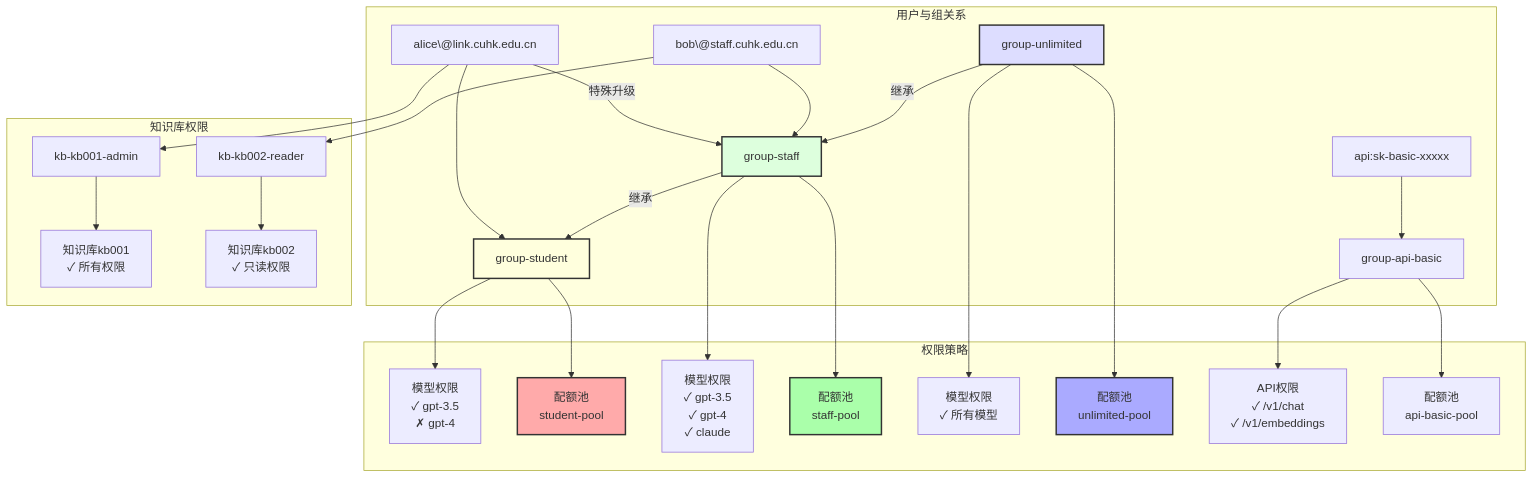
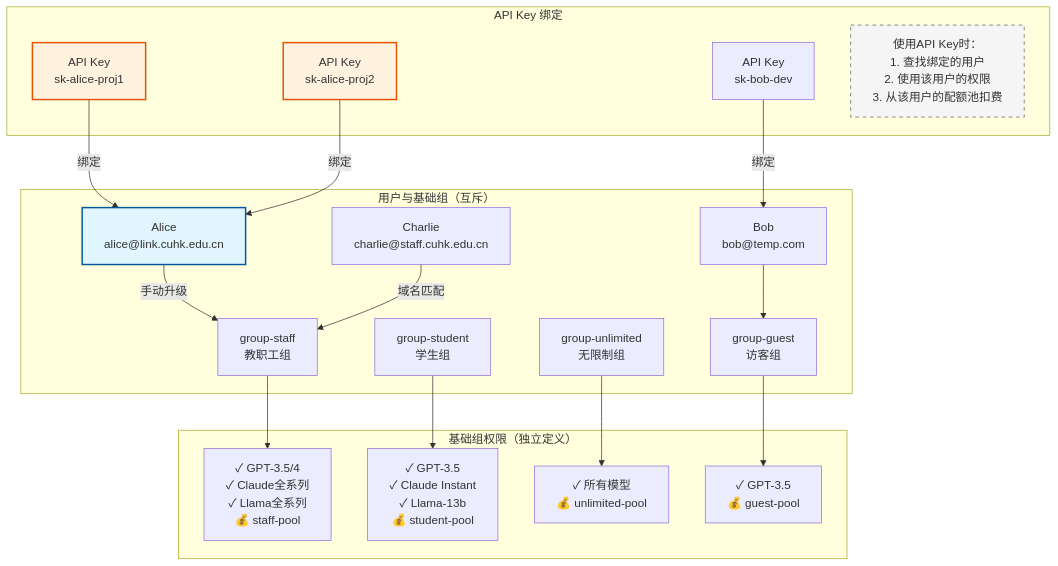
The third of 5 diagrams in README.md (NickWilde18/UniAuth), drawn with Mermaid before and after one commit. The commit also changed other lines of this file, not shown here.

````diff
--- a/README.md
+++ b/README.md
@@ -136,50 +136,41 @@
 ```mermaid
 graph TB
-    subgraph "用户与组关系"
-        U1["alice\@link.cuhk.edu.cn"]
-        U2["bob\@staff.cuhk.edu.cn"]
-        U3["api:sk-basic-xxxxx"]
+    subgraph "用户与基础组（互斥）"
+        Alice["Alice<br/>alice@link.cuhk.edu.cn"]
+        Bob["Bob<br/>bob@temp.com"]
+        Charlie["Charlie<br/>charlie@staff.cuhk.edu.cn"]
         
-        G1[group-student]
-        G2[group-staff]
-        G3[group-unlimited]
-        G4[group-api-basic]
+        GS[group-student<br/>学生组]
+        GST[group-staff<br/>教职工组]
+        GU[group-unlimited<br/>无限制组]
+        GG[group-guest<br/>访客组]
         
-        U1 --> G1
-        U1 --> |特殊升级| G2
-        U2 --> G2
-        U3 --> G4
-        
-        G3 --> |继承| G2
-        G2 --> |继承| G1
+        Alice -->|手动升级| GST
+        Bob --> GG
+        Charlie -->|域名匹配| GST
     end
     
-    subgraph "权限策略"
-        G1 --> P1["模型权限<br/>✓ gpt-3.5<br/>✗ gpt-4"]
-        G1 --> P2["配额池<br/>student-pool"]
+    subgraph "API Key 绑定"
+        SK1["API Key<br/>sk-alice-proj1"]
+        SK2["API Key<br/>sk-alice-proj2"]
+        SK3["API Key<br/>sk-bob-dev"]
         
-        G2 --> P3["模型权限<br/>✓ gpt-3.5<br/>✓ gpt-4<br/>✓ claude"]
-        G2 --> P4["配额池<br/>staff-pool"]
+        SK1 -->|绑定| Alice
+        SK2 -->|绑定| Alice
+        SK3 -->|绑定| Bob
         
-        G3 --> P5["模型权限<br/>✓ 所有模型"]
-        G3 --> P6["配额池<br/>unlimited-pool"]
-        
-        G4 --> P7["API权限<br/>✓ /v1/chat<br/>✓ /v1/embeddings"]
-        G4 --> P8["配额池<br/>api-basic-pool"]
+        Note1["使用API Key时：<br/>1. 查找绑定的用户<br/>2. 使用该用户的权限<br/>3. 从该用户的配额池扣费"]
     end
     
-    subgraph "知识库权限"
-        U1 --> KB1[kb-kb001-admin]
-        KB1 --> KBP1["知识库kb001<br/>✓ 所有权限"]
-        
-        U2 --> KB2[kb-kb002-reader]
-        KB2 --> KBP2["知识库kb002<br/>✓ 只读权限"]
+    subgraph "基础组权限（独立定义）"
+        GST --> PGST["✓ GPT-3.5/4<br/>✓ Claude全系列<br/>✓ Llama全系列<br/>💰 staff-pool"]
+        GS --> PGS["✓ GPT-3.5<br/>✓ Claude Instant<br/>✓ Llama-13b<br/>💰 student-pool"]
+        GU --> PGU["✓ 所有模型<br/>💰 unlimited-pool"]
+        GG --> PGG["✓ GPT-3.5<br/>💰 guest-pool"]
     end
     
-    style G1 fill:#ffd,stroke:#333,stroke-width:2px
-    style G2 fill:#dfd,stroke:#333,stroke-width:2px
-    style G3 fill:#ddf,stroke:#333,stroke-width:2px
-    style P2 fill:#faa,stroke:#333,stroke-width:2px
-    style P4 fill:#afa,stroke:#333,stroke-width:2px
-    style P6 fill:#aaf,stroke:#333,stroke-width:2px
+    style Alice fill:#e1f5fe,stroke:#01579b,stroke-width:2px
+    style SK1 fill:#fff3e0,stroke:#e65100,stroke-width:2px
+    style SK2 fill:#fff3e0,stroke:#e65100,stroke-width:2px
+    style Note1 fill:#f5f5f5,stroke:#616161,stroke-width:1px,stroke-dasharray: 5 5
 ```
````
